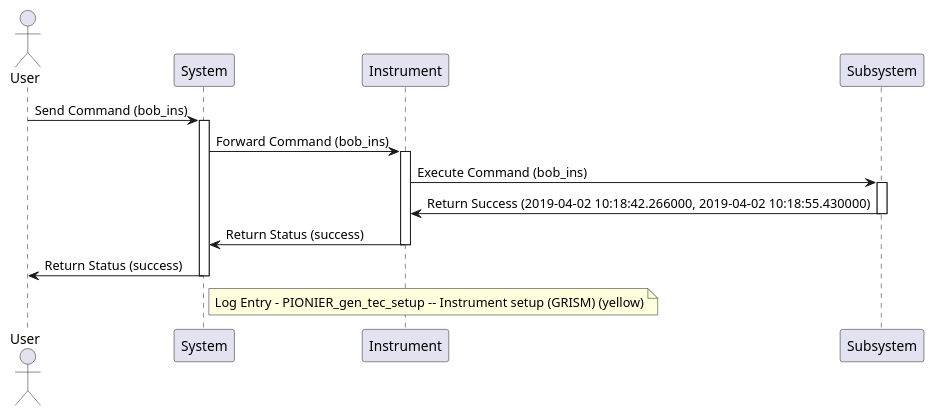
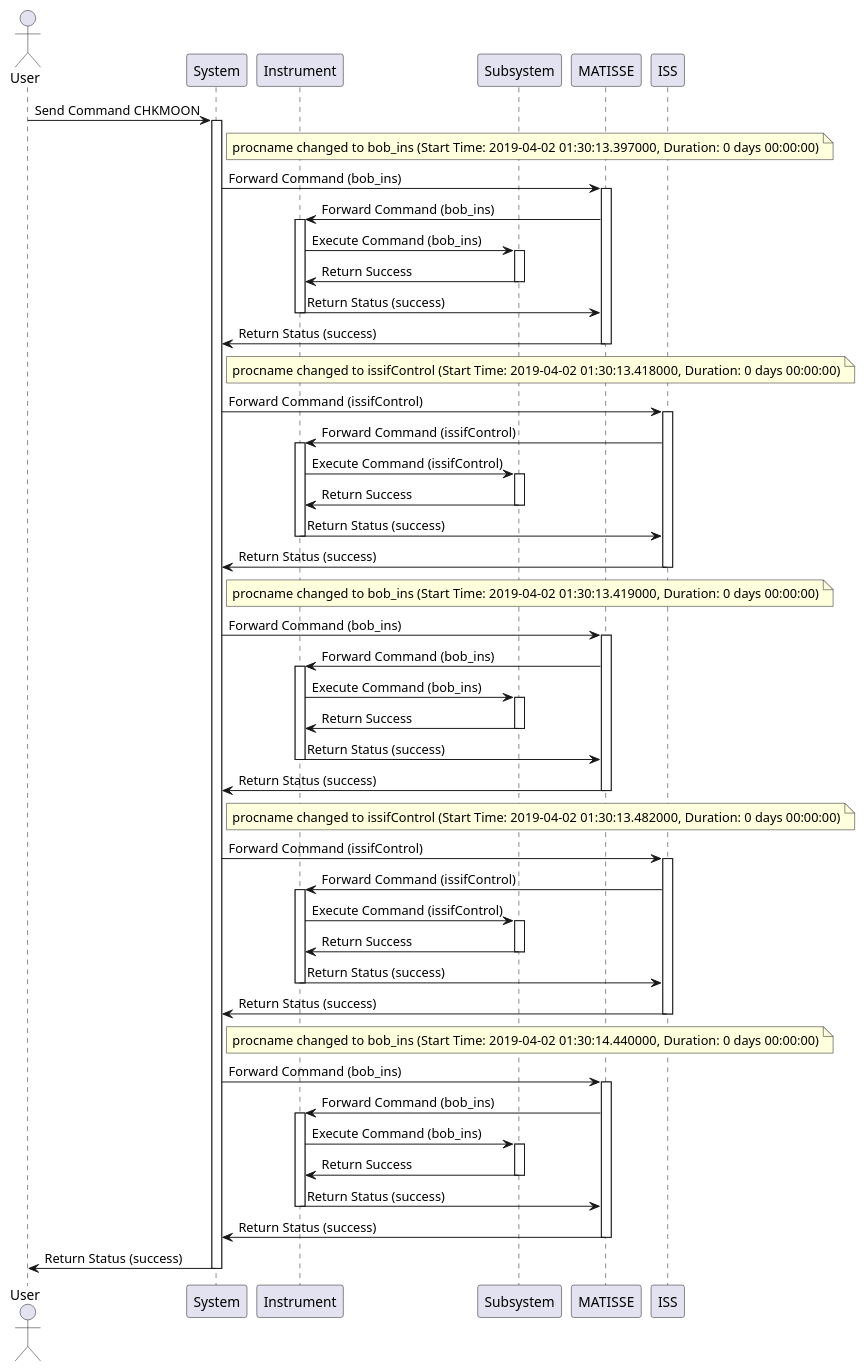
One commit to paranal-sw/collaborations-UFRO-2024-2s changed the diagram in 1-command-visualization/dynamic_diagram.puml. Above: the diagram before and after it, drawn with PlantUML. The commit also changed 2 other files, not shown here.

Commit message:
segundo prototipo UML, incluye un caso para MATTISSE TRACE_ID=0 1W CHKMOON

```diff
--- a/1-command-visualization/dynamic_diagram.puml
+++ b/1-command-visualization/dynamic_diagram.puml
@@ -1,24 +1,97 @@
 @startuml
 actor User
 participant System
 participant Instrument
 participant Subsystem
 
-User -> System: Send Command (bob_ins)
+User -> System: Send Command CHKMOON
 activate System
-System -> Instrument: Forward Command (bob_ins)
+note right of System: procname changed to bob_ins (Start Time: 2019-04-02 01:30:13.397000, Duration: 0 days 00:00:00)
+System -> MATISSE: Forward Command (bob_ins)
+activate MATISSE
+MATISSE -> Instrument: Forward Command (bob_ins)
 activate Instrument
 Instrument -> Subsystem: Execute Command (bob_ins)
 activate Subsystem
 
-Subsystem -> Instrument: Return Success (2019-04-02 10:18:42.266000, 2019-04-02 10:18:55.430000)
+Subsystem -> Instrument: Return Success
 deactivate Subsystem
 
-Instrument -> System: Return Status (success)
+Instrument -> MATISSE: Return Status (success)
 deactivate Instrument
+
+MATISSE -> System: Return Status (success)
+deactivate MATISSE
+
+note right of System: procname changed to issifControl (Start Time: 2019-04-02 01:30:13.418000, Duration: 0 days 00:00:00)
+System -> ISS: Forward Command (issifControl)
+activate ISS
+ISS -> Instrument: Forward Command (issifControl)
+activate Instrument
+Instrument -> Subsystem: Execute Command (issifControl)
+activate Subsystem
+
+Subsystem -> Instrument: Return Success
+deactivate Subsystem
+
+Instrument -> ISS: Return Status (success)
+deactivate Instrument
+
+ISS -> System: Return Status (success)
+deactivate ISS
+
+note right of System: procname changed to bob_ins (Start Time: 2019-04-02 01:30:13.419000, Duration: 0 days 00:00:00)
+System -> MATISSE: Forward Command (bob_ins)
+activate MATISSE
+MATISSE -> Instrument: Forward Command (bob_ins)
+activate Instrument
+Instrument -> Subsystem: Execute Command (bob_ins)
+activate Subsystem
+
+Subsystem -> Instrument: Return Success
+deactivate Subsystem
+
+Instrument -> MATISSE: Return Status (success)
+deactivate Instrument
+
+MATISSE -> System: Return Status (success)
+deactivate MATISSE
+
+note right of System: procname changed to issifControl (Start Time: 2019-04-02 01:30:13.482000, Duration: 0 days 00:00:00)
+System -> ISS: Forward Command (issifControl)
+activate ISS
+ISS -> Instrument: Forward Command (issifControl)
+activate Instrument
+Instrument -> Subsystem: Execute Command (issifControl)
+activate Subsystem
+
+Subsystem -> Instrument: Return Success
+deactivate Subsystem
+
+Instrument -> ISS: Return Status (success)
+deactivate Instrument
+
+ISS -> System: Return Status (success)
+deactivate ISS
+
+note right of System: procname changed to bob_ins (Start Time: 2019-04-02 01:30:14.440000, Duration: 0 days 00:00:00)
+System -> MATISSE: Forward Command (bob_ins)
+activate MATISSE
+MATISSE -> Instrument: Forward Command (bob_ins)
+activate Instrument
+Instrument -> Subsystem: Execute Command (bob_ins)
+activate Subsystem
+
+Subsystem -> Instrument: Return Success
+deactivate Subsystem
+
+Instrument -> MATISSE: Return Status (success)
+deactivate Instrument
+
+MATISSE -> System: Return Status (success)
+deactivate MATISSE
 
 System -> User: Return Status (success)
 deactivate System
 
-note right of System: Log Entry - PIONIER_gen_tec_setup -- Instrument setup (GRISM) (yellow)
 @enduml
```
